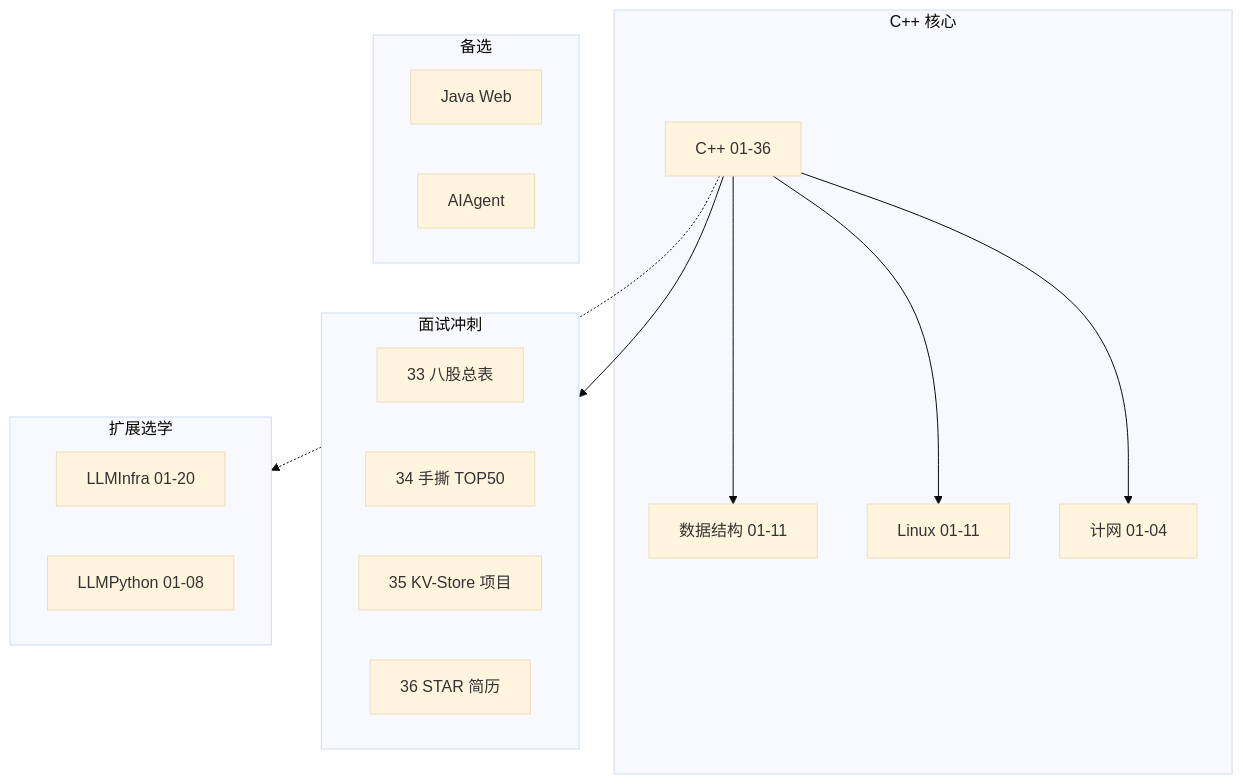
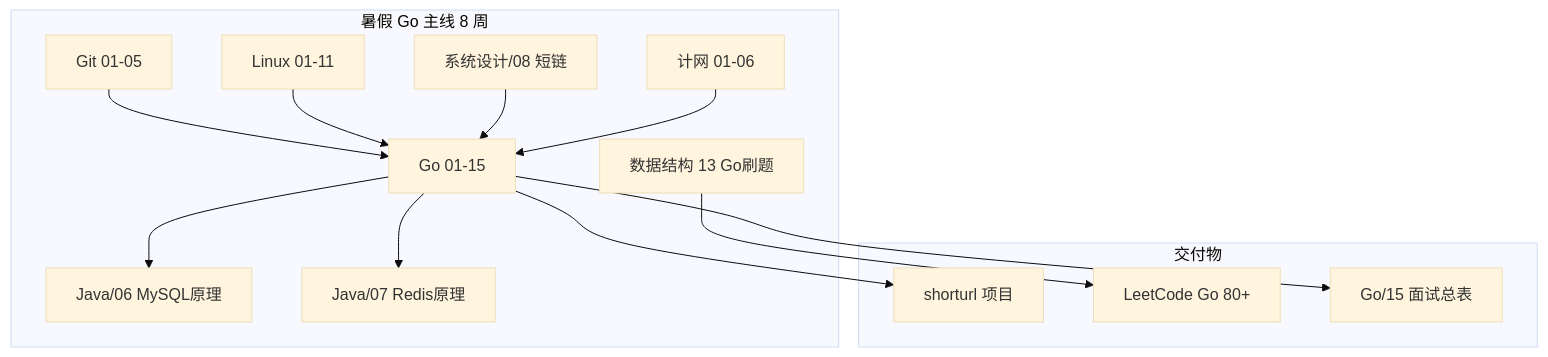
Before and after one commit to moqix26/study: the diagram in 后端学习/00-后端路线总览.md, drawn with Mermaid (base theme). The commit also changed other lines of this file and 29 other files, not shown here.

````diff
--- a/后端学习/00-后端路线总览.md
+++ b/后端学习/00-后端路线总览.md
@@ -12,28 +12,27 @@
 ```mermaid
 flowchart TB
-    subgraph core [C++ 核心]
-        CPP[C++ 01-36]
-        DS[数据结构 01-11]
+    subgraph summer [暑假 Go 主线 8 周]
+        GIT[Git 01-05]
         LIN[Linux 01-11]
-        NET[计网 01-04]
+        GO[Go 01-15]
+        DS13[数据结构 13 Go刷题]
+        NET[计网 01-06]
+        MY[Java/06 MySQL原理]
+        RD[Java/07 Redis原理]
+        SYS[系统设计/08 短链]
     end
-    subgraph interview [面试冲刺]
-        I33[33 八股总表]
-        I34[34 手撕 TOP50]
-        I35[35 KV-Store 项目]
-        I36[36 STAR 简历]
+    subgraph project [交付物]
+        P[shorturl 项目]
+        LC[LeetCode Go 80+]
+        IV[Go/15 面试总表]
     end
-    subgraph ext [扩展选学]
-        LI[LLMInfra 01-20]
-        LP[LLMPython 01-08]
-    end
-    subgraph alt [备选]
-        JAVA[Java Web]
-        AGENT[AIAgent]
-    end
-    CPP --> DS
-    CPP --> LIN
-    CPP --> NET
-    CPP --> interview
-    CPP -.-> ext
+    GIT --> GO
+    LIN --> GO
+    GO --> MY
+    GO --> RD
+    SYS --> GO
+    GO --> P
+    DS13 --> LC
+    GO --> IV
+    NET --> GO
 ```
````
